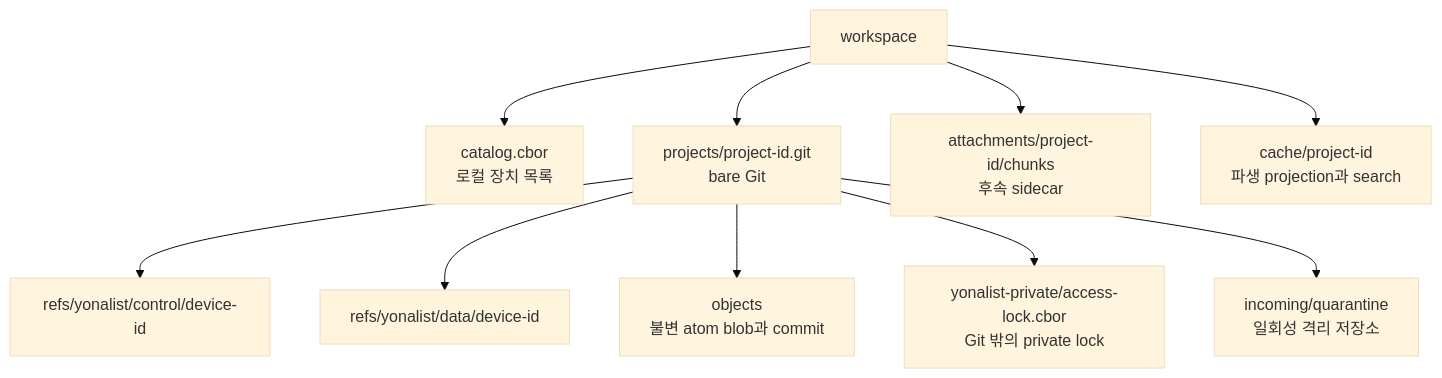
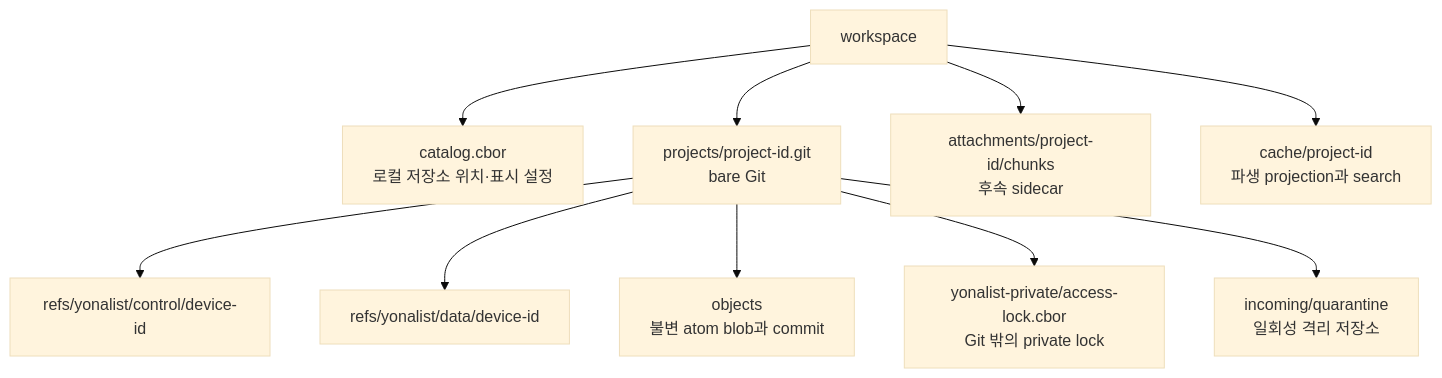
One commit to doortts/yonalist changed the third of 10 diagrams in docs/yonalist-sync-design/design.md. Above: the diagram before and after it, drawn with Mermaid (base theme). The commit also changed other lines of this file and 4 other files, not shown here.

````diff
--- a/docs/yonalist-sync-design/design.md
+++ b/docs/yonalist-sync-design/design.md
@@ -92,22 +92,22 @@
 ```mermaid
 flowchart TB
   WS["workspace"]
-  CAT["catalog.cbor\n로컬 장치 목록"]
+  CAT["catalog.cbor\n로컬 저장소 위치·표시 설정"]
   REPO["projects/project-id.git\nbare Git"]
   CTRL["refs/yonalist/control/device-id"]
   DATA["refs/yonalist/data/device-id"]
   OBJ["objects\n불변 atom blob과 commit"]
   LOCK["yonalist-private/access-lock.cbor\nGit 밖의 private lock"]
   Q["incoming/quarantine\n일회성 격리 저장소"]
   ATT["attachments/project-id/chunks\n후속 sidecar"]
   CACHE["cache/project-id\n파생 projection과 search"]
   WS --> CAT
   WS --> REPO
   REPO --> CTRL
   REPO --> DATA
   REPO --> OBJ
   REPO --> LOCK
   REPO --> Q
   WS --> ATT
   WS --> CACHE
 ```
````
